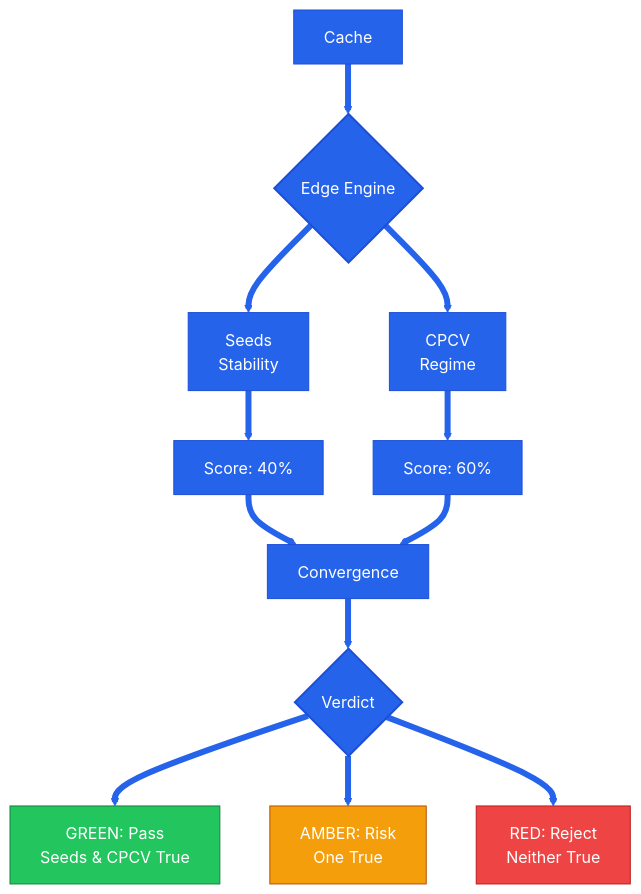
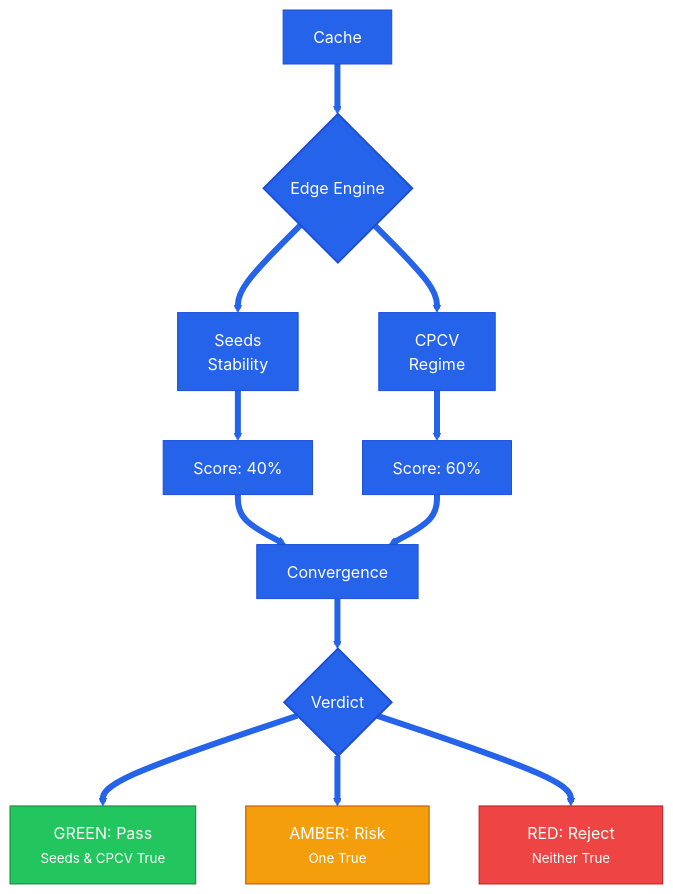
One commit to Pablo-Molla-Charlez/SecondaryModel changed the fourth of 4 diagrams in README.md. Above: the diagram before and after it, drawn with Mermaid. The commit also changed other lines of this file, not shown here.

Commit message:
Improved Readme9

````diff
--- a/README.md
+++ b/README.md
@@ -142,23 +142,23 @@
 ```mermaid
 %%{init: {'theme': 'base', 'themeVariables': { 'primaryColor': '#2563eb', 'primaryBorderColor': '#1d4ed8', 'primaryTextColor': '#ffffff', 'secondaryColor': '#f59e0b', 'tertiaryColor': '#dcfce7', 'lineColor': '#0f172a', 'background': '#ffffff'}}}%%
 flowchart TD
     A[Cache] --> B{Edge Engine}
     B --> C[Seeds<br/>Stability]
     B --> D[CPCV<br/>Regime]
     C --> E[Score: 40%]
     D --> F[Score: 60%]
     E & F --> G[Convergence]
     G --> H{Verdict}
-    H --> I[GREEN: Pass<br/>Seeds & CPCV True]
-    H --> J[AMBER: Risk<br/>One True]
-    H --> K[RED: Reject<br/>Neither True]
+    H --> I["&nbsp;&nbsp;&nbsp;GREEN: Pass&nbsp;&nbsp;&nbsp;<br/><small>Seeds & CPCV True</small>"]
+    H --> J["&nbsp;&nbsp;&nbsp;AMBER: Risk&nbsp;&nbsp;&nbsp;<br/><small>One True</small>"]
+    H --> K["&nbsp;&nbsp;&nbsp;&nbsp;RED: Reject&nbsp;&nbsp;&nbsp;&nbsp;<br/><small>Neither True</small>"]
     classDef green fill:#22c55e,stroke:#15803d,color:#ffffff;
     classDef amber fill:#f59e0b,stroke:#b45309,color:#ffffff;
     classDef red fill:#ef4444,stroke:#b91c1c,color:#ffffff;
     classDef gate fill:#2563eb,stroke:#1d4ed8,color:#ffffff,stroke-width:2px;
     class B,H gate;
     class I green;
     class J amber;
     class K red;
     linkStyle default stroke:#2563eb,stroke-width:6px;
 ```
````
